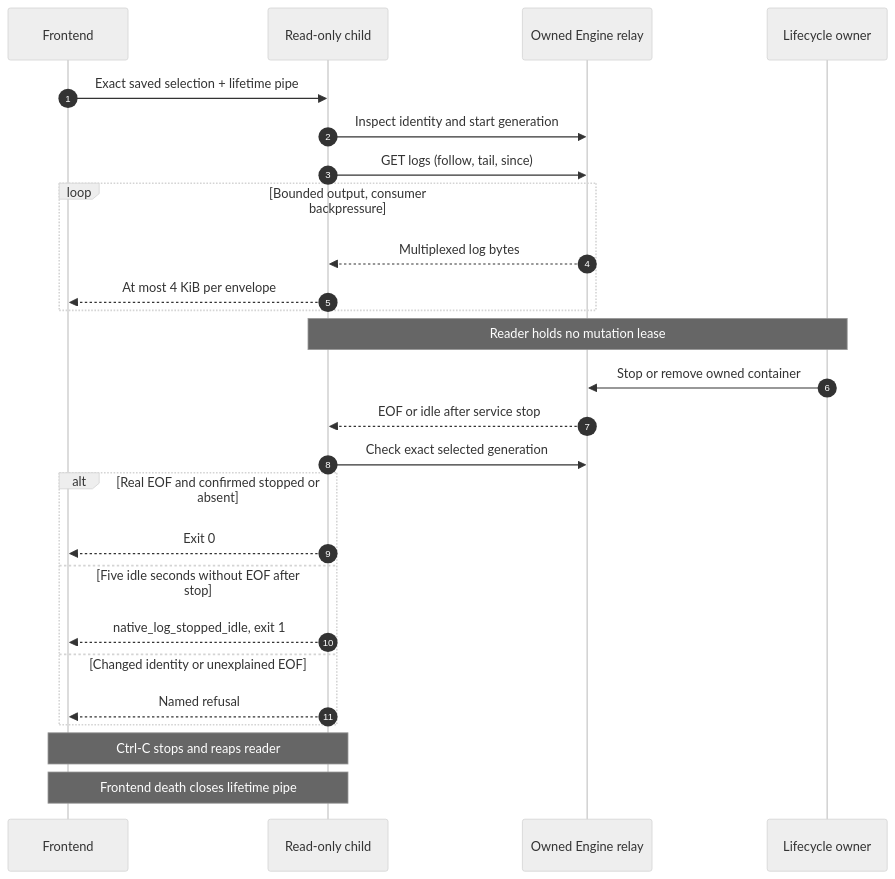
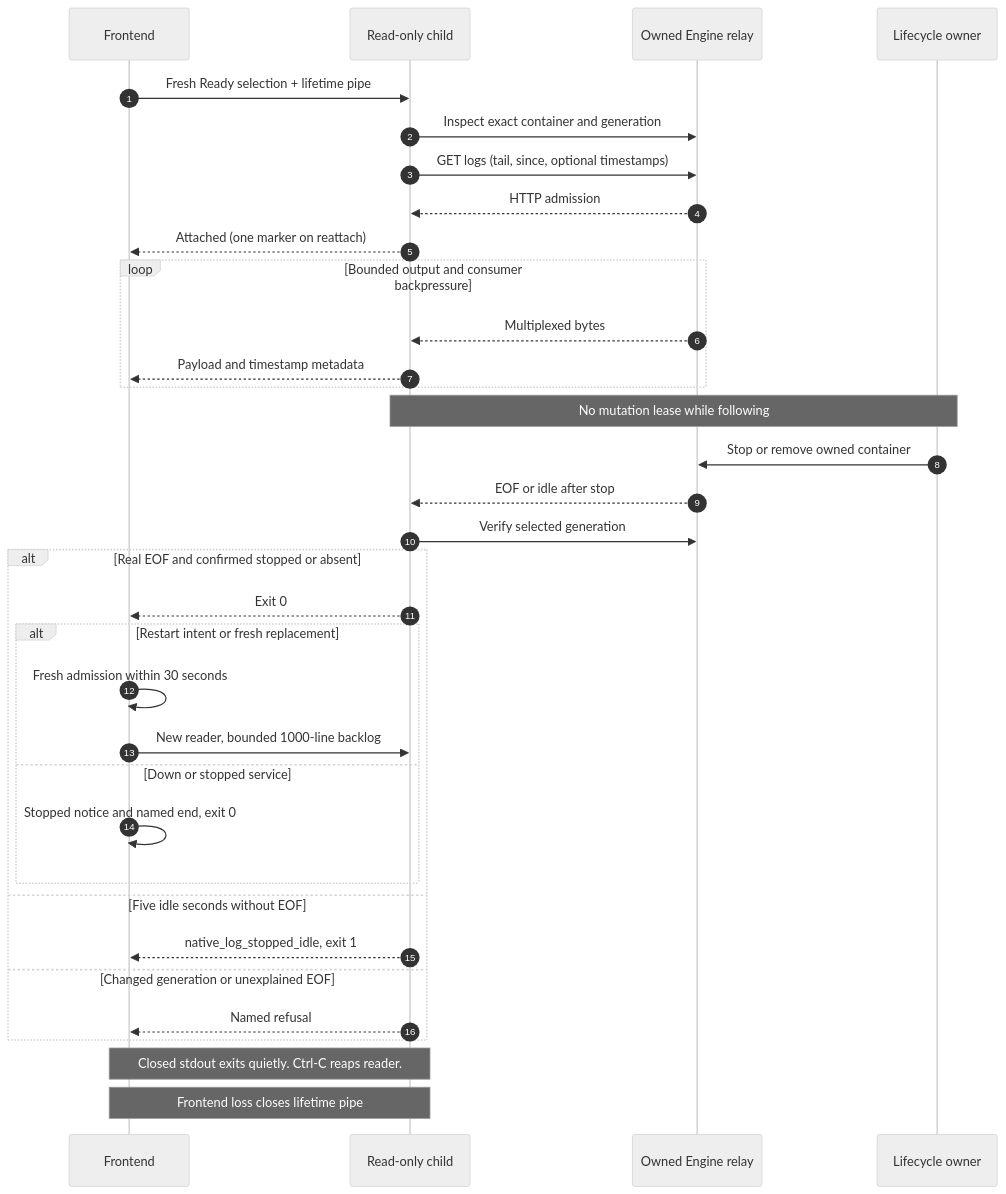
One commit to hack-dance/hack changed the diagram in docs/native/log-follow.mmd. Above: the diagram before and after it, drawn with Mermaid (neutral theme). The commit also changed 31 other files, not shown here.

Commit message:
fix(native): preserve followed-log output and restart sessions

```diff
--- a/docs/native/log-follow.mmd
+++ b/docs/native/log-follow.mmd
@@ -1,26 +1,34 @@
 sequenceDiagram
     autonumber
     participant CLI as Frontend
     participant Reader as Read-only child
     participant Engine as Owned Engine relay
-    participant Down as Lifecycle owner
-    CLI->>Reader: Exact saved selection + lifetime pipe
-    Reader->>Engine: Inspect identity and start generation
-    Reader->>Engine: GET logs (follow, tail, since)
-    loop Bounded output, consumer backpressure
-        Engine-->>Reader: Multiplexed log bytes
-        Reader-->>CLI: At most 4 KiB per envelope
+    participant Owner as Lifecycle owner
+    CLI->>Reader: Fresh Ready selection + lifetime pipe
+    Reader->>Engine: Inspect exact container and generation
+    Reader->>Engine: GET logs (tail, since, optional timestamps)
+    Engine-->>Reader: HTTP admission
+    Reader-->>CLI: Attached (one marker on reattach)
+    loop Bounded output and consumer backpressure
+        Engine-->>Reader: Multiplexed bytes
+        Reader-->>CLI: Payload and timestamp metadata
     end
-    Note over Reader,Down: Reader holds no mutation lease
-    Down->>Engine: Stop or remove owned container
-    Engine-->>Reader: EOF or idle after service stop
-    Reader->>Engine: Check exact selected generation
+    Note over Reader,Owner: No mutation lease while following
+    Owner->>Engine: Stop or remove owned container
+    Engine-->>Reader: EOF or idle after stop
+    Reader->>Engine: Verify selected generation
     alt Real EOF and confirmed stopped or absent
         Reader-->>CLI: Exit 0
-    else Five idle seconds without EOF after stop
+        alt Restart intent or fresh replacement
+            CLI->>CLI: Fresh admission within 30 seconds
+            CLI->>Reader: New reader, bounded 1000-line backlog
+        else Down or stopped service
+            CLI->>CLI: Stopped notice and named end, exit 0
+        end
+    else Five idle seconds without EOF
         Reader-->>CLI: native_log_stopped_idle, exit 1
-    else Changed identity or unexplained EOF
+    else Changed generation or unexplained EOF
         Reader-->>CLI: Named refusal
     end
-    Note over CLI,Reader: Ctrl-C stops and reaps reader
-    Note over CLI,Reader: Frontend death closes lifetime pipe
+    Note over CLI,Reader: Closed stdout exits quietly. Ctrl-C reaps reader.
+    Note over CLI,Reader: Frontend loss closes lifetime pipe
```
